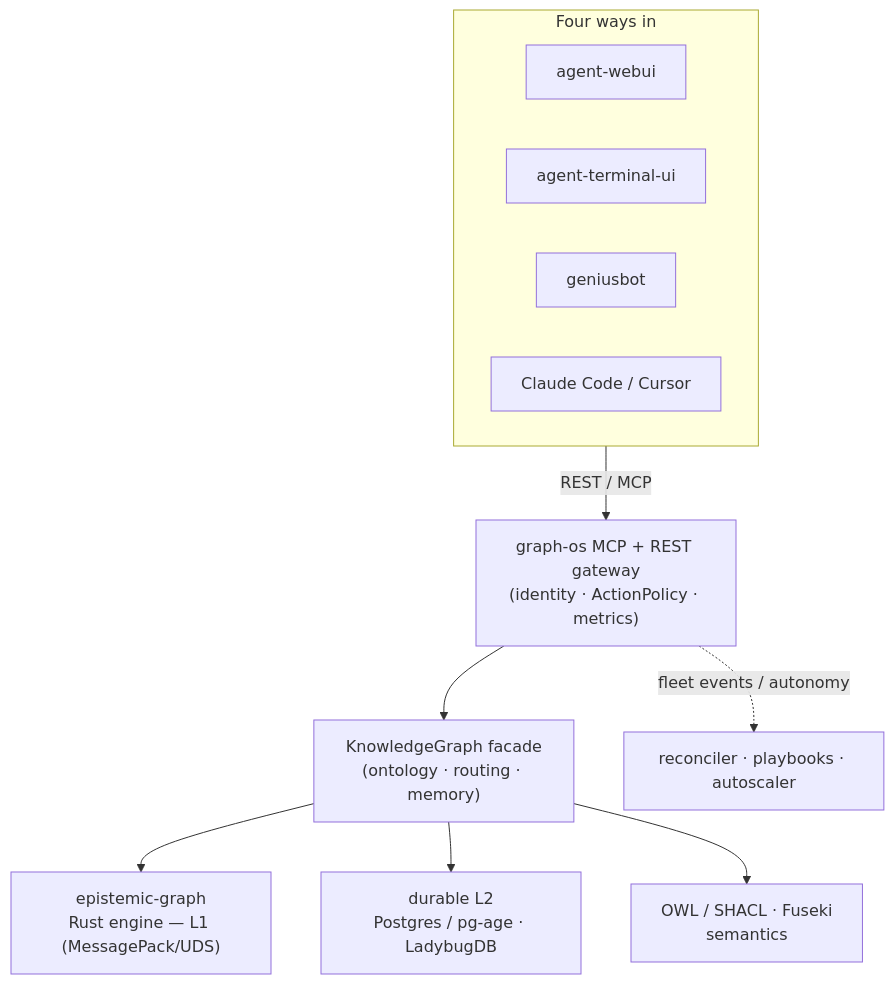
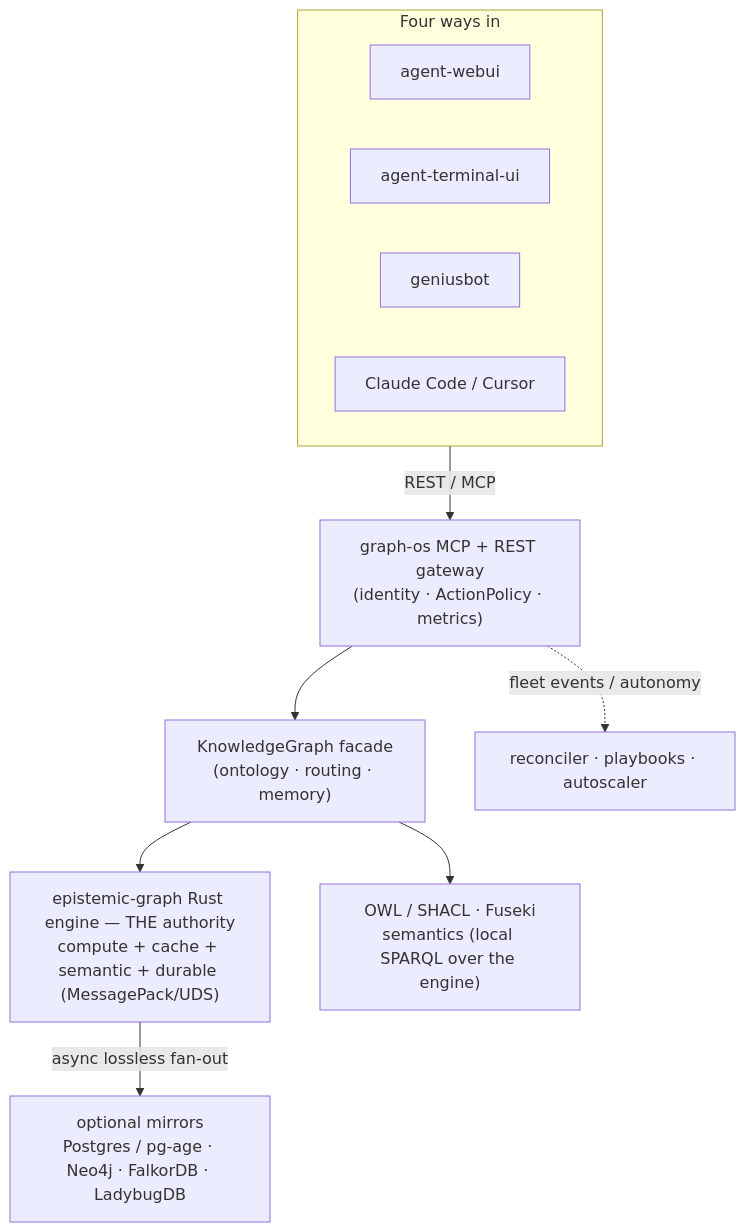
One commit to Knuckles-Team/agent-utilities changed the diagram in README.md. Above: the diagram before and after it, drawn with Mermaid. The commit also changed other lines of this file and 59 other files, not shown here.

````diff
--- a/README.md
+++ b/README.md
@@ -95,12 +97,12 @@
 ```mermaid
 flowchart TD
     subgraph Surfaces["Four ways in"]
         WEB[agent-webui] & TUI[agent-terminal-ui] & GB[geniusbot] & IDE[Claude Code / Cursor]
     end
     Surfaces -->|REST / MCP| GW["graph-os MCP + REST gateway<br/>(identity · ActionPolicy · metrics)"]
     GW --> KG["KnowledgeGraph facade<br/>(ontology · routing · memory)"]
-    KG --> L1["epistemic-graph<br/>Rust engine — L1 (MessagePack/UDS)"]
-    KG --> L2["durable L2<br/>Postgres / pg-age · LadybugDB"]
-    KG --> OWL["OWL / SHACL · Fuseki<br/>semantics"]
+    KG --> ENG["epistemic-graph Rust engine — THE authority<br/>compute + cache + semantic + durable (MessagePack/UDS)"]
+    ENG -->|async lossless fan-out| MIR["optional mirrors<br/>Postgres / pg-age · Neo4j · FalkorDB · LadybugDB"]
+    KG --> OWL["OWL / SHACL · Fuseki<br/>semantics (local SPARQL over the engine)"]
     GW -. fleet events / autonomy .-> FLEET["reconciler · playbooks · autoscaler"]
 ```
````
